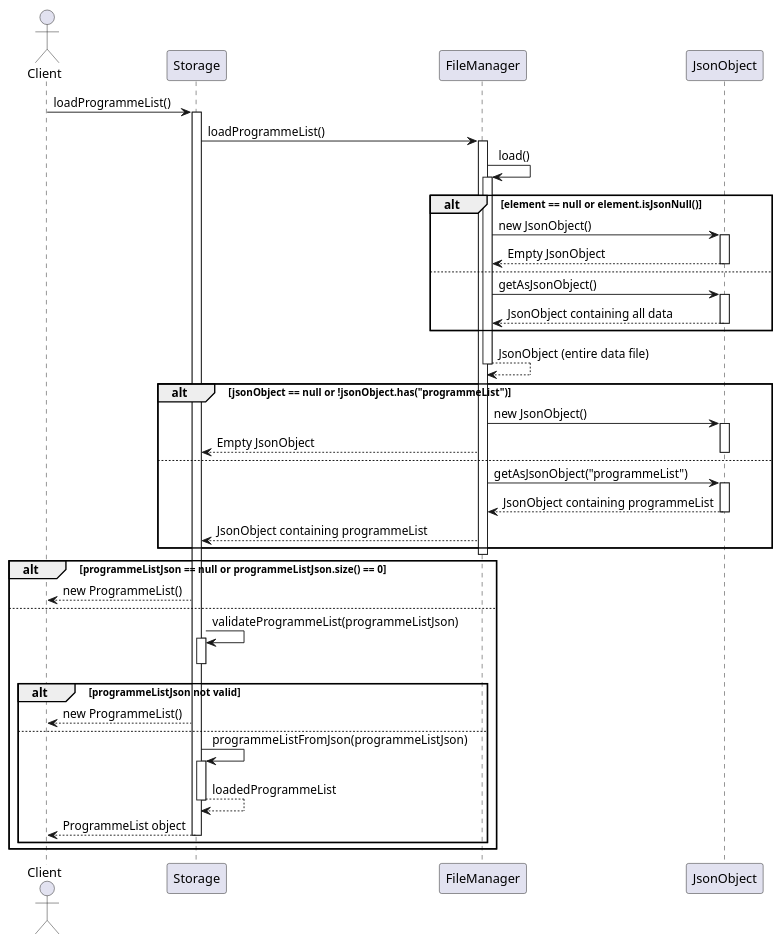
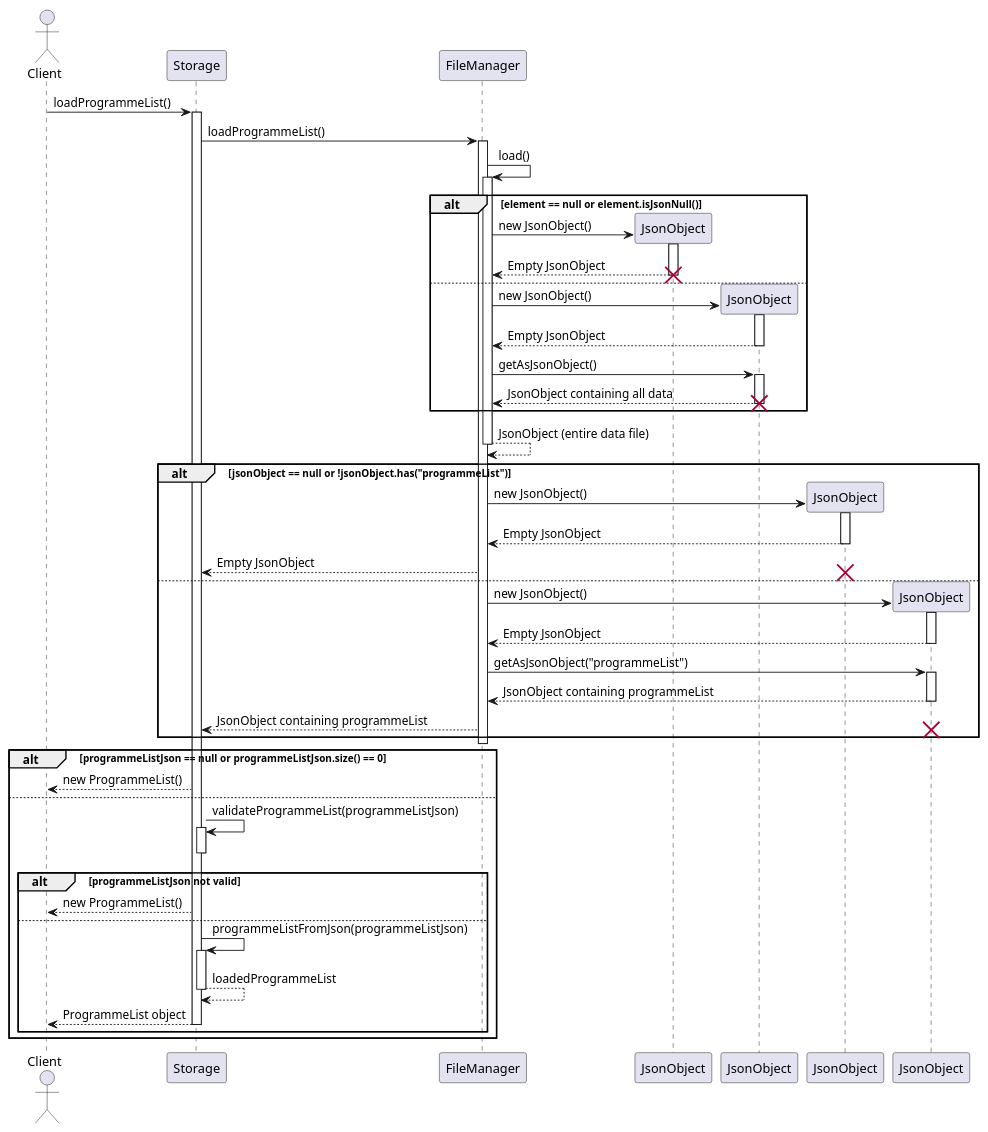
The diagram in docs/diagrams/loadProgrammeListSeqenceDiagram.puml (nus-cs2113-AY2425S1/tp), drawn with PlantUML before and after one commit. The commit also changed 3 other files, not shown here.

Commit message:
Update seq diagrams to have constructor

```diff
--- a/docs/diagrams/loadProgrammeListSeqenceDiagram.puml
+++ b/docs/diagrams/loadProgrammeListSeqenceDiagram.puml
@@ -1,61 +1,79 @@
 @startuml
 
 actor Client
 
 Client -> Storage : loadProgrammeList()
 activate Storage
 
 Storage -> FileManager : loadProgrammeList()
 activate FileManager
 
 FileManager -> FileManager : load()
 activate FileManager
 alt element == null or element.isJsonNull()
-    FileManager -> JsonObject : new JsonObject()
-    activate JsonObject
-    JsonObject --> FileManager : Empty JsonObject
-    deactivate JsonObject
+    create JsonObject as emptyJsonObject
+    FileManager -> emptyJsonObject : new JsonObject()
+    activate emptyJsonObject
+    emptyJsonObject --> FileManager : Empty JsonObject
+    deactivate emptyJsonObject
+    destroy emptyJsonObject
 else
-    FileManager -> JsonObject : getAsJsonObject()
-    activate JsonObject
-    JsonObject --> FileManager : JsonObject containing all data
-    deactivate JsonObject
+    create JsonObject as allDataJsonObject
+    FileManager -> allDataJsonObject : new JsonObject()
+    activate allDataJsonObject
+    allDataJsonObject --> FileManager : Empty JsonObject
+    deactivate allDataJsonObject
+    FileManager -> allDataJsonObject : getAsJsonObject()
+    activate allDataJsonObject
+    allDataJsonObject --> FileManager : JsonObject containing all data
+    deactivate allDataJsonObject
+    destroy allDataJsonObject
 end
 
 FileManager --> FileManager : JsonObject (entire data file)
 deactivate FileManager
 
 alt jsonObject == null or !jsonObject.has("programmeList")
+    create JsonObject as emptyProgrammeListJsonObject
+    FileManager -> emptyProgrammeListJsonObject : new JsonObject()
+    activate emptyProgrammeListJsonObject
+    emptyProgrammeListJsonObject --> FileManager : Empty JsonObject
+    deactivate emptyProgrammeListJsonObject
+    FileManager --> Storage : Empty JsonObject
+    deactivate JsonObject
+    destroy emptyProgrammeListJsonObject
+else
+    create JsonObject
     FileManager -> JsonObject : new JsonObject()
     activate JsonObject
-    FileManager --> Storage : Empty JsonObject
+    JsonObject --> FileManager : Empty JsonObject
     deactivate JsonObject
-else
     FileManager -> JsonObject : getAsJsonObject("programmeList")
     activate JsonObject
     JsonObject --> FileManager : JsonObject containing programmeList
     deactivate JsonObject
     FileManager --> Storage : JsonObject containing programmeList
+    destroy JsonObject
 end
 deactivate FileManager
 
 alt programmeListJson == null or programmeListJson.size() == 0
     Storage --> Client : new ProgrammeList()
 else
     Storage -> Storage : validateProgrammeList(programmeListJson)
     activate Storage
     deactivate Storage
     alt programmeListJson not valid
     Storage --> Client : new ProgrammeList()
     else
     Storage -> Storage : programmeListFromJson(programmeListJson)
     activate Storage
     Storage --> Storage : loadedProgrammeList
     deactivate Storage
     Storage --> Client : ProgrammeList object
     deactivate Storage
     end
 end
 deactivate Storage
 
 @enduml
```
